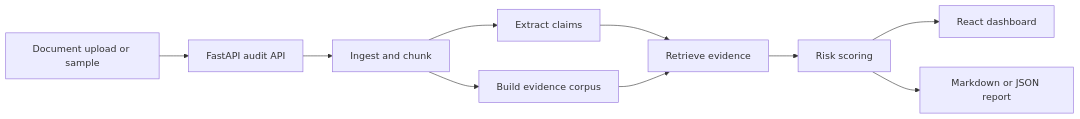
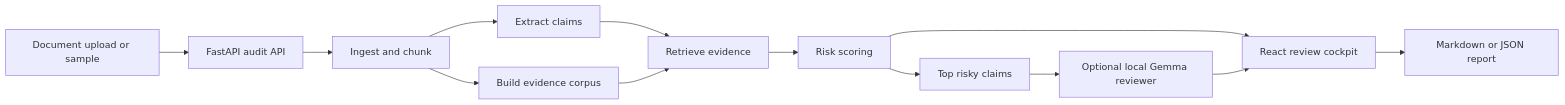
The diagram in README.md (GeorgeAnes/enterprise-ai-document-risk-auditor), drawn with Mermaid before and after one commit. The commit also changed other lines of this file and 13 other files, not shown here.

Commit message:
Add structured local Gemma reviewer

````diff
--- a/README.md
+++ b/README.md
@@ -47,12 +48,15 @@
 ```mermaid
 flowchart LR
     A["Document upload or sample"] --> B["FastAPI audit API"]
     B --> C["Ingest and chunk"]
     C --> D["Extract claims"]
     C --> E["Build evidence corpus"]
     D --> F["Retrieve evidence"]
     E --> F
     F --> G["Risk scoring"]
-    G --> H["React dashboard"]
-    G --> I["Markdown or JSON report"]
+    G --> H["Top risky claims"]
+    H --> I["Optional local Gemma reviewer"]
+    G --> J["React review cockpit"]
+    I --> J
+    J --> K["Markdown or JSON report"]
 ```
````
